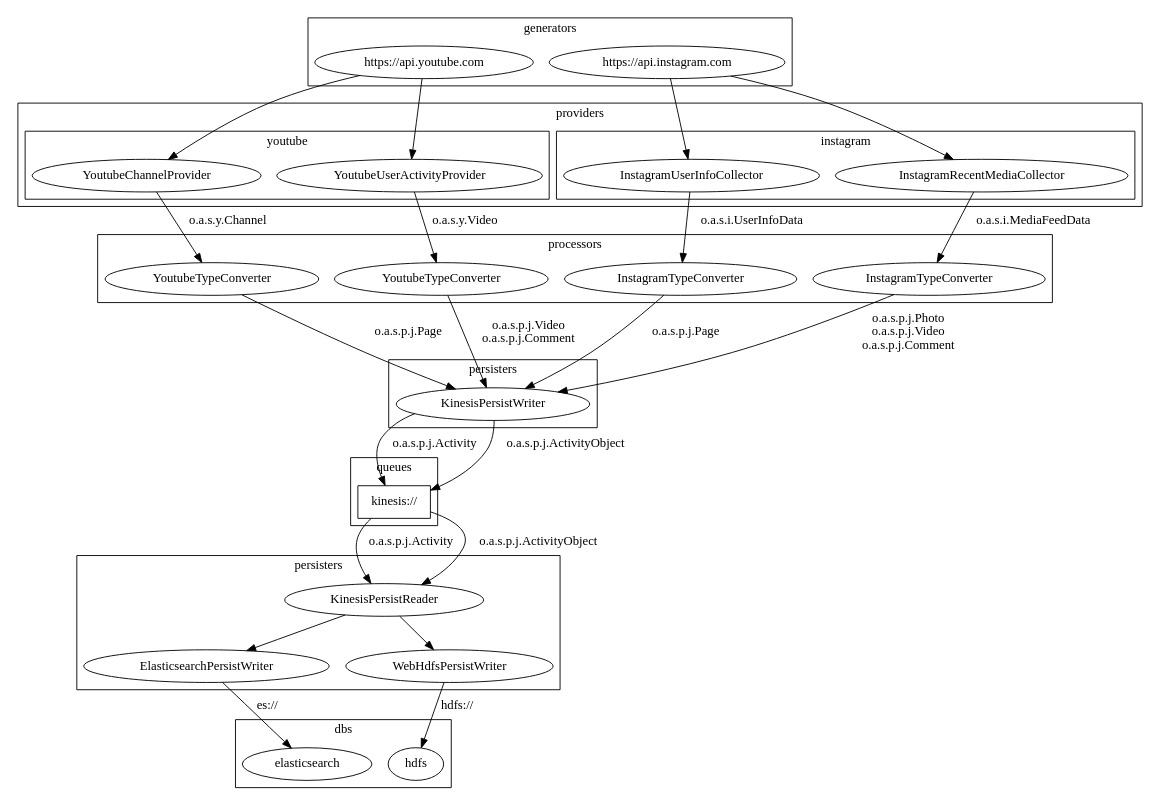
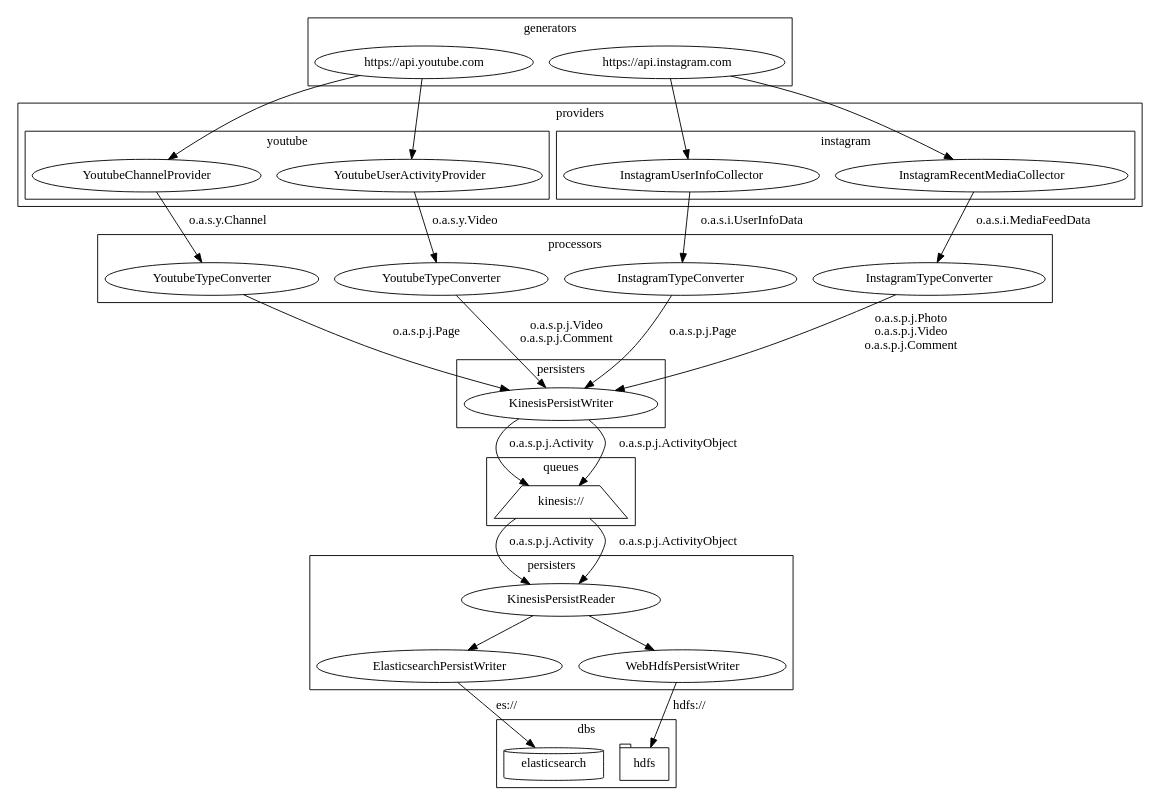
The diagram in src/site/resources/example.dot (apache/streams-master), drawn with Graphviz before and after one commit. The commit also changed 13 other files, not shown here.

```diff
--- a/src/site/resources/example.dot
+++ b/src/site/resources/example.dot
@@ -1,86 +1,86 @@
 digraph g {
 
   graph [compound = true];
 
   //presentation
   splines = true;
   overlap = false;
   rankdir = TB;
 
   subgraph cluster_generators {
     label="generators";
     generators_youtube [label="https://api.youtube.com"]
     generators_instagram [label="https://api.instagram.com"]
   }
 
   subgraph cluster_providers {
     label="providers";
     subgraph cluster_providers_youtube {
       label="youtube";
       providers_youtube_channel [label="YoutubeChannelProvider"]
       providers_youtube_video [label="YoutubeUserActivityProvider"]
     }
     subgraph cluster_providers_instagram{
       label="instagram";
       providers_instagram_userinfo [label="InstagramUserInfoCollector"]
       providers_instagram_media [label="InstagramRecentMediaCollector"]
     }
   }
 
   subgraph cluster_processors {
     label="processors";
     processors_youtube_activity [label="YoutubeTypeConverter"]
     processors_youtube_activityobject [label="YoutubeTypeConverter"]
     processors_instagram_activity [label="InstagramTypeConverter"]
     processors_instagram_activityobject [label="InstagramTypeConverter"]
   }
 
   subgraph cluster_persisters_1 {
     label="persisters";
     persisters_kinesis_writer [label="KinesisPersistWriter"]
     persisters_kinesis_writer [label="KinesisPersistWriter"]
   }
 
   subgraph cluster_queues {
     label="queues";
-    kinesis [label="kinesis://" shape="box"]
+    kinesis [label="kinesis://", shape="trapezium"]
   }
   subgraph cluster_persisters_2 {
     label="persisters";
     persisters_elasticsearch [label="ElasticsearchPersistWriter"]
     persisters_hdfs [label="WebHdfsPersistWriter"]
     persisters_kinesis_reader [label="KinesisPersistReader"]
     persisters_kinesis_reader [label="KinesisPersistReader"]
   }
 
   subgraph cluster_dbs {
     label="dbs";
-    elasticsearch [label="elasticsearch"]
-    hdfs [label="hdfs"]
+    elasticsearch [label="elasticsearch", shape="cylinder"]
+    hdfs [label="hdfs", shape="tab"]
   }
 
   generators_youtube -> providers_youtube_channel
   generators_youtube -> providers_youtube_video
   providers_youtube_channel -> processors_youtube_activityobject [label="o.a.s.y.Channel"]
   providers_youtube_video -> processors_youtube_activity [label="o.a.s.y.Video"]
 
   generators_instagram -> providers_instagram_userinfo
   generators_instagram -> providers_instagram_media
   providers_instagram_userinfo -> processors_instagram_activityobject [label="o.a.s.i.UserInfoData"]
   providers_instagram_media -> processors_instagram_activity [label="o.a.s.i.MediaFeedData"]
 
   processors_youtube_activityobject -> persisters_kinesis_writer [label="o.a.s.p.j.Page"]
   processors_youtube_activity -> persisters_kinesis_writer [label="o.a.s.p.j.Video\no.a.s.p.j.Comment"]
   processors_instagram_activityobject -> persisters_kinesis_writer [label="o.a.s.p.j.Page"]
   processors_instagram_activity -> persisters_kinesis_writer [label="o.a.s.p.j.Photo\no.a.s.p.j.Video\no.a.s.p.j.Comment"]
 
   persisters_kinesis_writer -> kinesis -> persisters_kinesis_reader [label="o.a.s.p.j.Activity"]
   persisters_kinesis_writer -> kinesis -> persisters_kinesis_reader [label="o.a.s.p.j.ActivityObject"]
 
   persisters_kinesis_reader -> persisters_elasticsearch
   persisters_kinesis_reader -> persisters_hdfs
 
   persisters_elasticsearch -> elasticsearch [label="es://"]
   persisters_hdfs -> hdfs [label="hdfs://"]
 
 }
```
